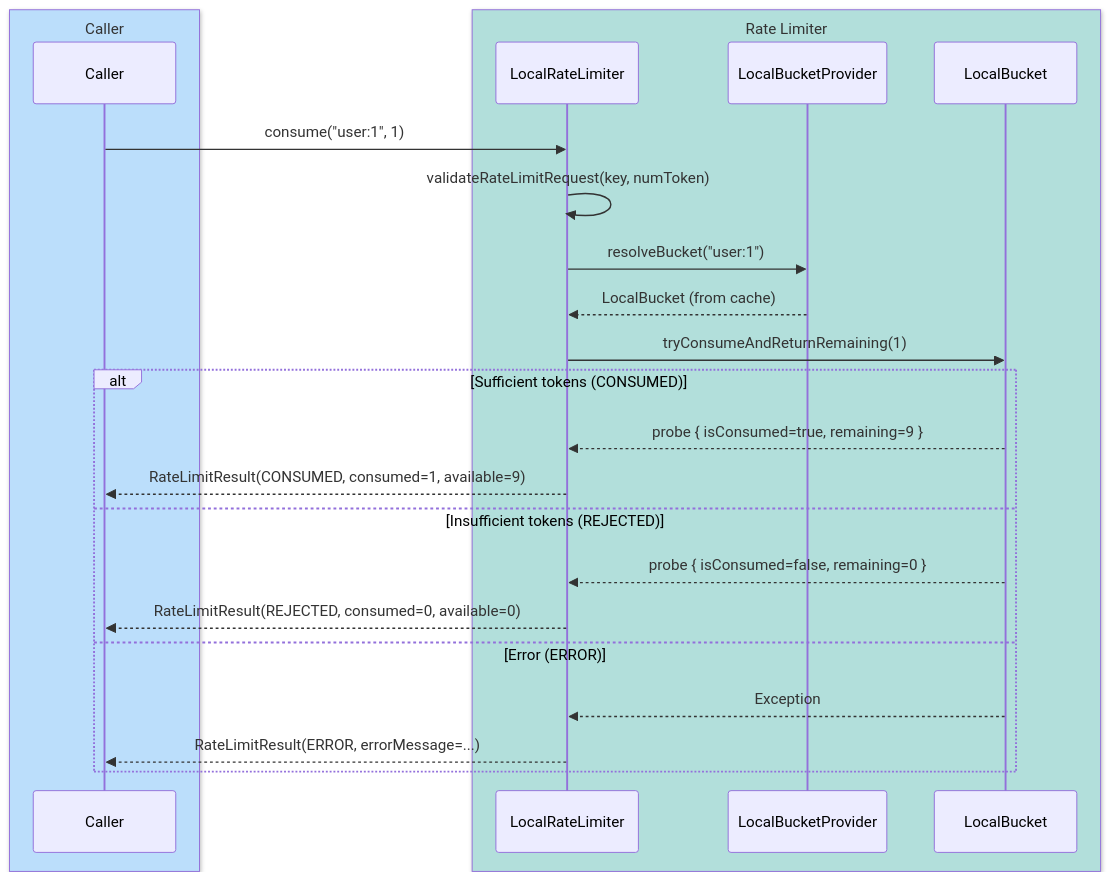
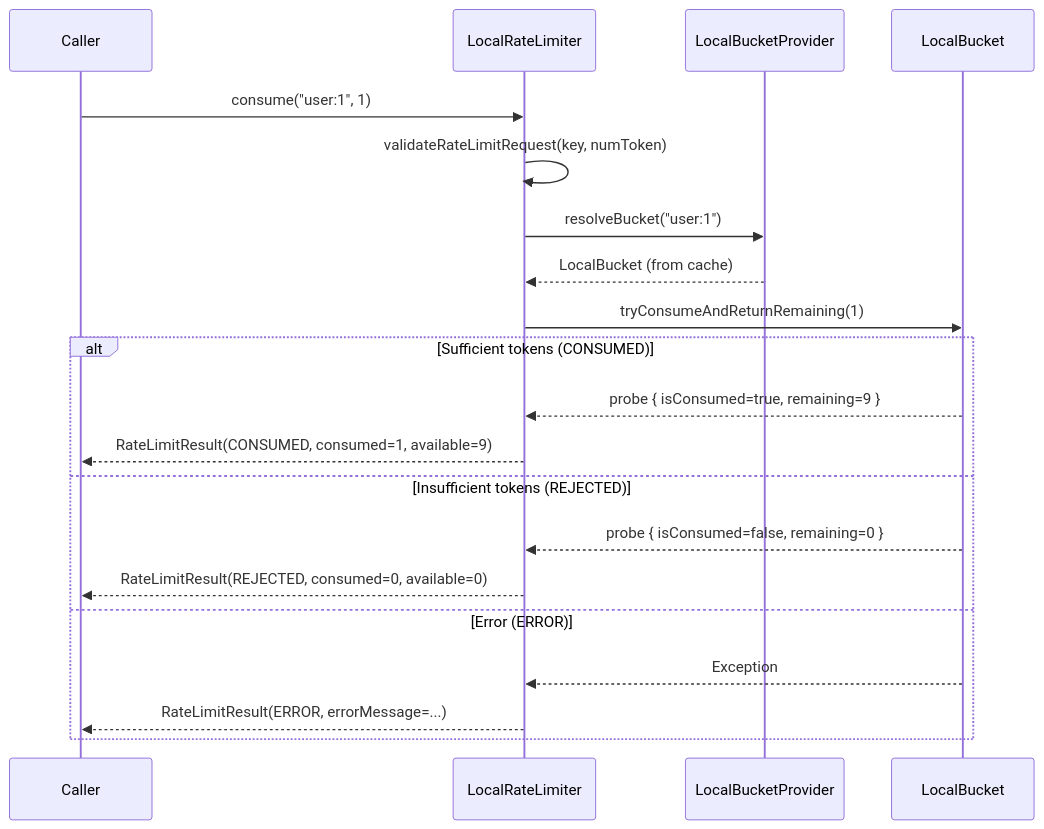
Before and after one commit to bluetape4k/bluetape4k-projects: the second of 3 diagrams in infra/bucket4j/README.md, drawn with Mermaid. The commit also changed other lines of this file and 219 other files, not shown here.

First line of the commit message:
docs: 전체 README Mermaid 다이어그램 가이드 적용

````diff
--- a/infra/bucket4j/README.md
+++ b/infra/bucket4j/README.md
@@ -148,27 +148,23 @@
 ```mermaid
 sequenceDiagram
-    box rgb(187,222,251) Caller
     participant Caller
-    end
-    box rgb(178,223,219) Rate Limiter
     participant LocalRateLimiter
     participant LocalBucketProvider
     participant LocalBucket
-    end
     Caller ->> LocalRateLimiter: consume("user:1", 1)
     LocalRateLimiter ->> LocalRateLimiter: validateRateLimitRequest(key, numToken)
     LocalRateLimiter ->> LocalBucketProvider: resolveBucket("user:1")
     LocalBucketProvider -->> LocalRateLimiter: LocalBucket (from cache)
     LocalRateLimiter ->> LocalBucket: tryConsumeAndReturnRemaining(1)
 
     alt Sufficient tokens (CONSUMED)
         LocalBucket -->> LocalRateLimiter: probe { isConsumed=true, remaining=9 }
         LocalRateLimiter -->> Caller: RateLimitResult(CONSUMED, consumed=1, available=9)
     else Insufficient tokens (REJECTED)
         LocalBucket -->> LocalRateLimiter: probe { isConsumed=false, remaining=0 }
         LocalRateLimiter -->> Caller: RateLimitResult(REJECTED, consumed=0, available=0)
     else Error (ERROR)
         LocalBucket -->> LocalRateLimiter: Exception
         LocalRateLimiter -->> Caller: RateLimitResult(ERROR, errorMessage=...)
     end
 ```
````
